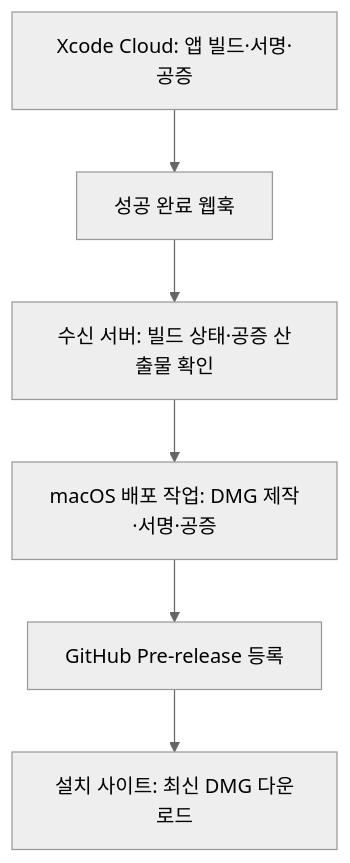
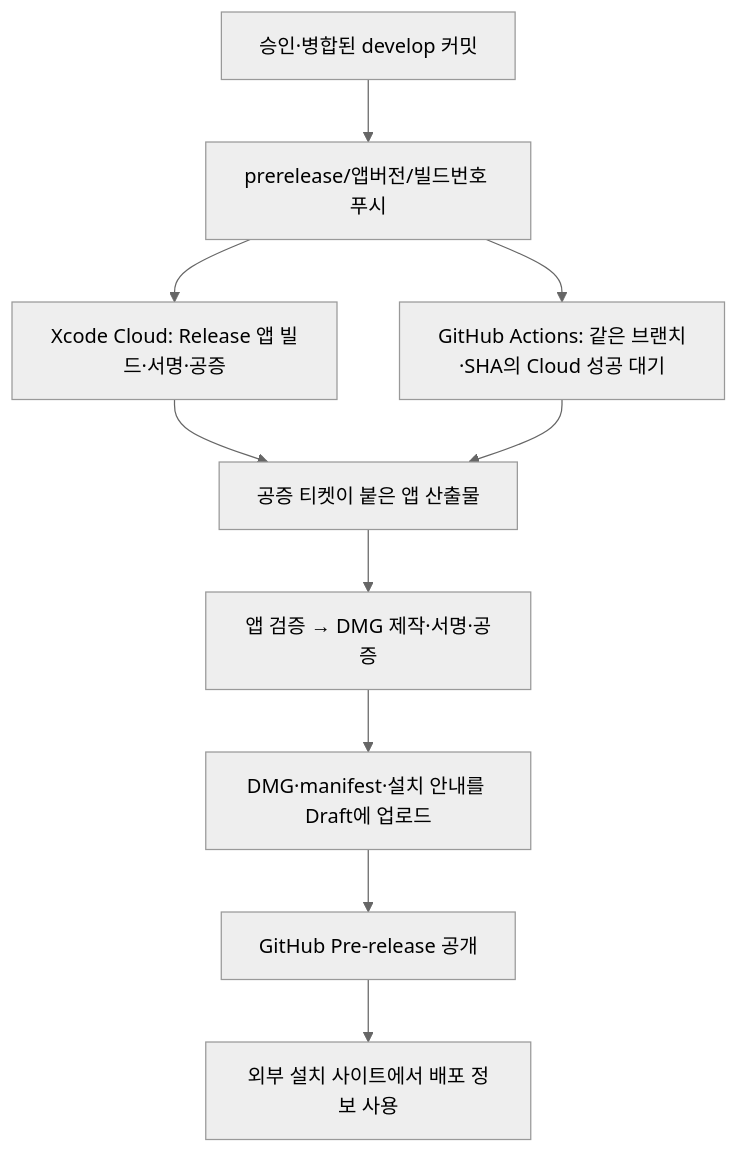
One commit to UMC-PRODUCT/umc-product-macOS changed the diagram in docs/specs/배포_Xcode Cloud와 공증 DMG 및 설치 사이트_설계.md. Above: the diagram before and after it, drawn with Mermaid (neutral theme). The commit also changed other lines of this file and 137 other files, not shown here.

````diff
--- a/docs/specs/배포_Xcode Cloud와 공증 DMG 및 설치 사이트_설계.md
+++ b/docs/specs/배포_Xcode Cloud와 공증 DMG 및 설치 사이트_설계.md
@@ -27,8 +31,12 @@
 ```mermaid
 flowchart TD
-    A["Xcode Cloud: 앱 빌드·서명·공증"] --> B["성공 완료 웹훅"]
-    B --> C["수신 서버: 빌드 상태·공증 산출물 확인"]
-    C --> D["macOS 배포 작업: DMG 제작·서명·공증"]
-    D --> E["GitHub Pre-release 등록"]
-    E --> F["설치 사이트: 최신 DMG 다운로드"]
+    A["승인·병합된 develop 커밋"] --> B["prerelease/앱버전/빌드번호 푸시"]
+    B --> C["Xcode Cloud: Release 앱 빌드·서명·공증"]
+    B --> D["GitHub Actions: 같은 브랜치·SHA의 Cloud 성공 대기"]
+    C --> E["공증 티켓이 붙은 앱 산출물"]
+    D --> E
+    E --> F["앱 검증 → DMG 제작·서명·공증"]
+    F --> G["DMG·manifest·설치 안내를 Draft에 업로드"]
+    G --> H["GitHub Pre-release 공개"]
+    H --> I["외부 설치 사이트에서 배포 정보 사용"]
 ```
````
